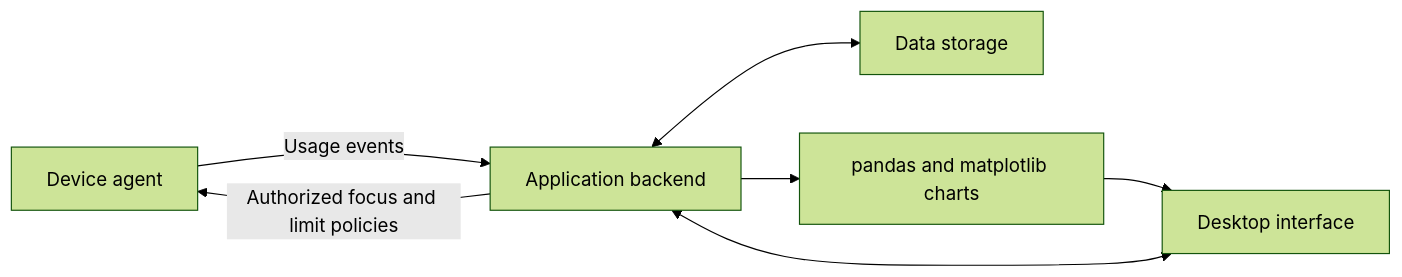
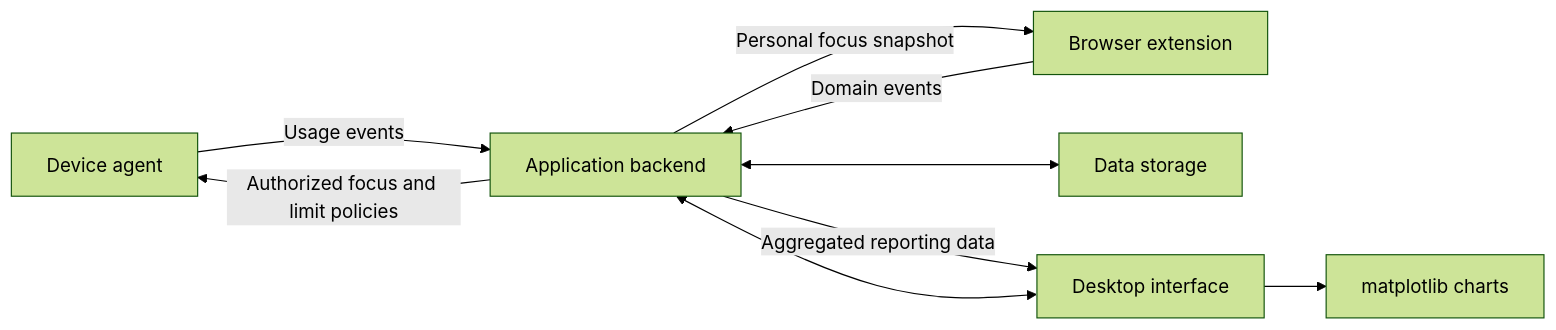
One commit to muhh190106/app-monitoramento-linux changed the diagram in docs/architecture.md. Above: the diagram before and after it, drawn with Mermaid (forest theme). The commit also changed other lines of this file and 7 other files, not shown here.

````diff
--- a/docs/architecture.md
+++ b/docs/architecture.md
@@ -7,9 +7,11 @@
 ```mermaid
 flowchart LR
     A[Device agent] -->|Usage events| B[Application backend]
+    E[Browser extension] -->|Domain events| B
     B -->|Authorized focus and limit policies| A
+    B -->|Personal focus snapshot| E
     B <--> D[Data storage]
     U[Desktop interface] <--> B
-    B --> C[pandas and matplotlib charts]
-    C --> U
+    B -->|Aggregated reporting data| U
+    U --> C[matplotlib charts]
 ```
````
